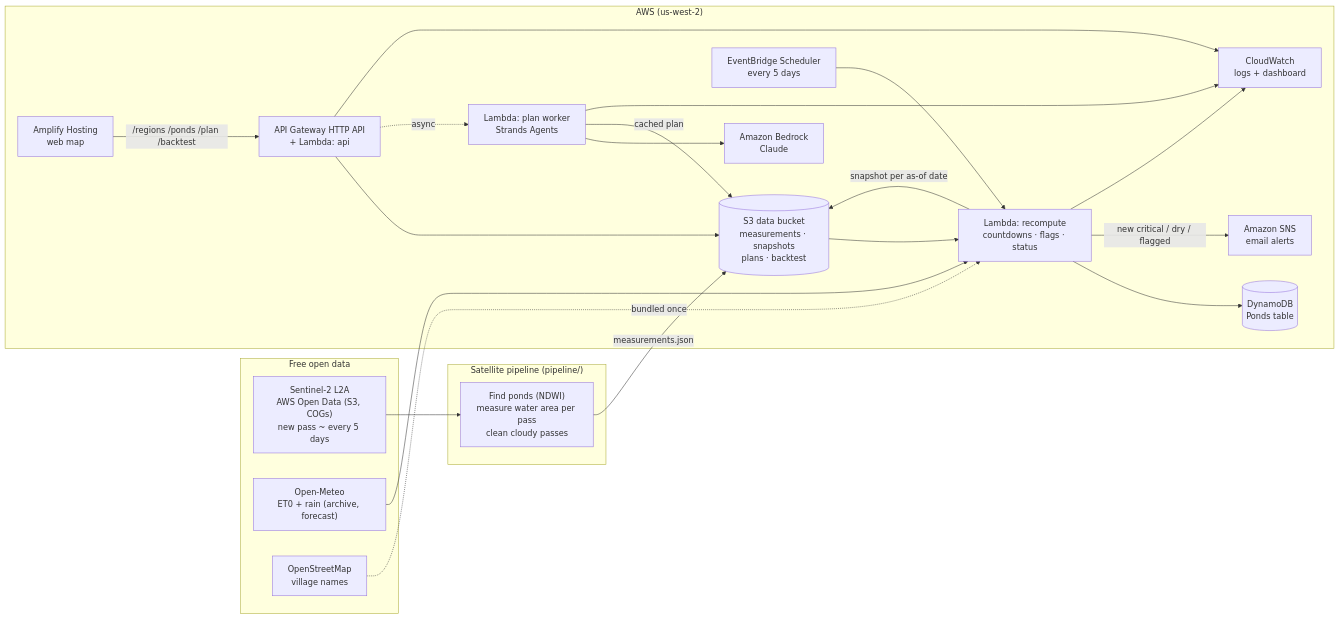
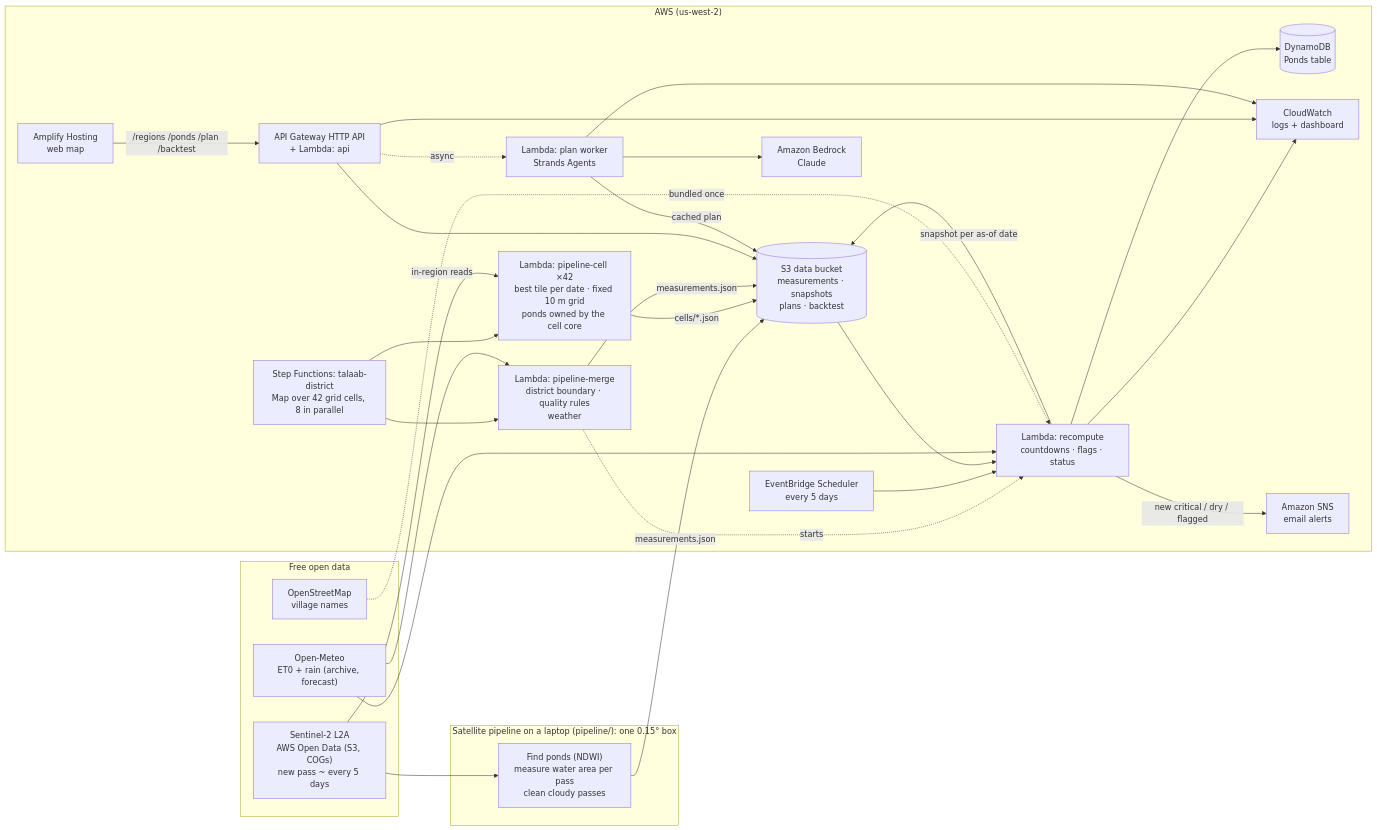
Before and after one commit to shloknarvekar/talaab: the diagram in docs/architecture.md, drawn with Mermaid. The commit also changed other lines of this file and 12 other files, not shown here.

Commit message:
feat(flags): faster-than-sun baseline = shrinking ponds within 25 km (box results identical, district now local); merge_cells extracted + 9 district tests; architecture doc covers Step Functions pipeline; smoke test checks district

````diff
--- a/docs/architecture.md
+++ b/docs/architecture.md
@@ -7,40 +7,50 @@
 ```mermaid
 flowchart LR
   subgraph Sources["Free open data"]
     S2["Sentinel-2 L2A<br/>AWS Open Data (S3, COGs)<br/>new pass ~ every 5 days"]
     OM["Open-Meteo<br/>ET0 + rain (archive, forecast)"]
     OSM["OpenStreetMap<br/>village names"]
   end
 
-  subgraph Laptop["Satellite pipeline (pipeline/)"]
+  subgraph Laptop["Satellite pipeline on a laptop (pipeline/): one 0.15° box"]
     P["Find ponds (NDWI)<br/>measure water area per pass<br/>clean cloudy passes"]
   end
 
   subgraph AWS["AWS (us-west-2)"]
+    SFN["Step Functions: talaab-district<br/>Map over 42 grid cells, 8 in parallel"]
+    CELL["Lambda: pipeline-cell ×42<br/>best tile per date · fixed 10 m grid<br/>ponds owned by the cell core"]
+    MRG["Lambda: pipeline-merge<br/>district boundary · quality rules<br/>weather"]
     S3[("S3 data bucket<br/>measurements · snapshots<br/>plans · backtest")]
     SCH["EventBridge Scheduler<br/>every 5 days"]
     RC["Lambda: recompute<br/>countdowns · flags · status"]
     DDB[("DynamoDB<br/>Ponds table")]
     API["API Gateway HTTP API<br/>+ Lambda: api"]
     PW["Lambda: plan worker<br/>Strands Agents"]
     BR["Amazon Bedrock<br/>Claude"]
     CW["CloudWatch<br/>logs + dashboard"]
     SNS["Amazon SNS<br/>email alerts"]
     AMP["Amplify Hosting<br/>web map"]
   end
 
   S2 --> P --> |measurements.json| S3
+  SFN --> CELL
+  S2 --> |in-region reads| CELL
+  CELL --> |cells/*.json| S3
+  SFN --> MRG
+  OM --> MRG
+  MRG --> |measurements.json| S3
+  MRG -. starts .-> RC
   SCH --> RC
   S3 --> RC
   OM --> RC
   OSM -.bundled once.-> RC
   RC --> |snapshot per as-of date| S3
   RC --> DDB
   RC --> |new critical / dry / flagged| SNS
   AMP --> |"/regions /ponds /plan /backtest"| API
   API --> S3
   API -. async .-> PW
   PW --> BR
   PW --> |cached plan| S3
   RC & API & PW --> CW
 ```
````
